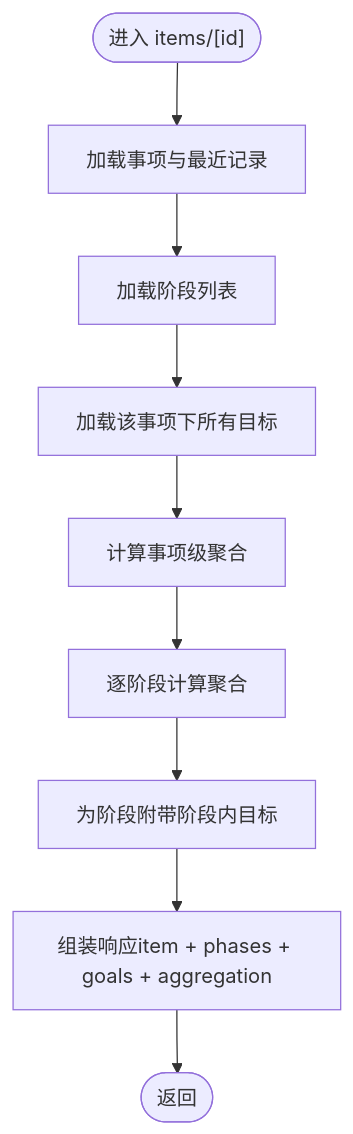
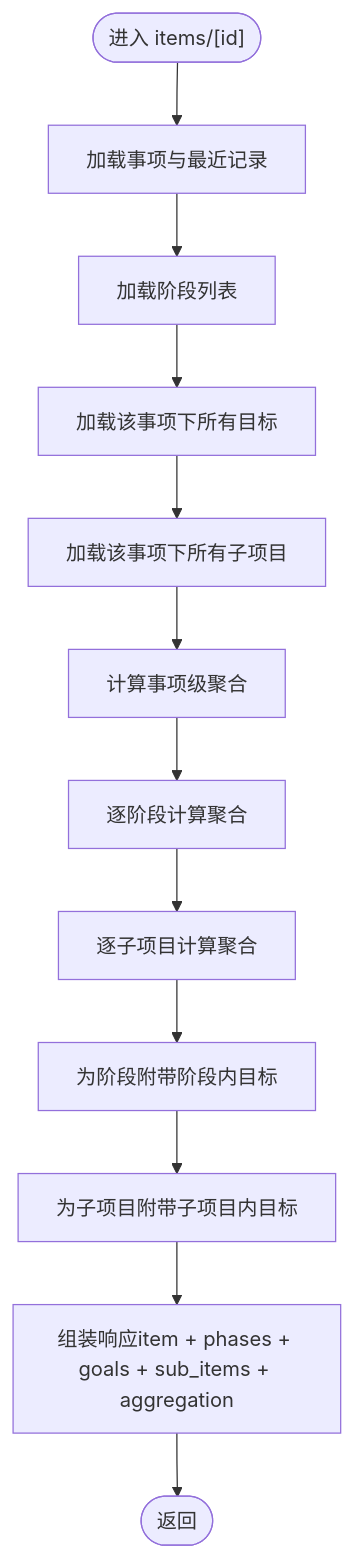
One commit to bbong1234/TETO changed the seventh of 9 diagrams in .qoder/repowiki/zh/content/API接口文档/项目API.md. Above: the diagram before and after it, drawn with Mermaid. The commit also changed other lines of this file and 10 other files, not shown here.

````diff
--- a/.qoder/repowiki/zh/content/API接口文档/项目API.md
+++ b/.qoder/repowiki/zh/content/API接口文档/项目API.md
@@ -340,11 +362,14 @@
 ```mermaid
 flowchart TD
 Start(["进入 items/[id]"]) --> LoadItem["加载事项与最近记录"]
 LoadItem --> LoadPhases["加载阶段列表"]
 LoadPhases --> LoadGoals["加载该事项下所有目标"]
-LoadGoals --> ComputeItemAgg["计算事项级聚合"]
+LoadGoals --> LoadSubItems["加载该事项下所有子项目"]
+LoadSubItems --> ComputeItemAgg["计算事项级聚合"]
 ComputeItemAgg --> ComputePhaseAgg["逐阶段计算聚合"]
-ComputePhaseAgg --> AttachGoals["为阶段附带阶段内目标"]
-AttachGoals --> ComposeResp["组装响应item + phases + goals + aggregation"]
+ComputePhaseAgg --> ComputeSubItemAgg["逐子项目计算聚合"]
+ComputeSubItemAgg --> AttachGoals["为阶段附带阶段内目标"]
+AttachGoals --> AttachSubItemGoals["为子项目附带子项目内目标"]
+AttachSubItemGoals --> ComposeResp["组装响应item + phases + goals + sub_items + aggregation"]
 ComposeResp --> End(["返回"])
 ```
````
